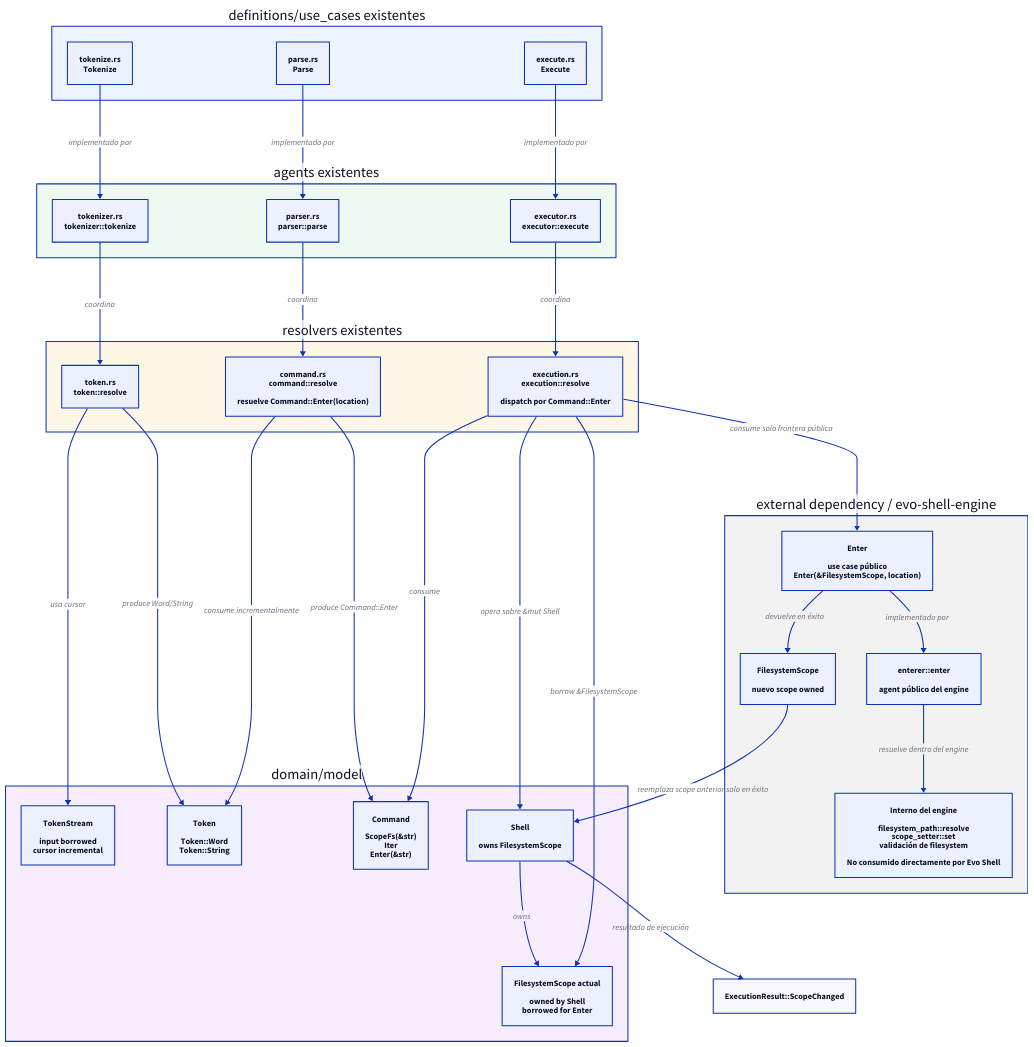
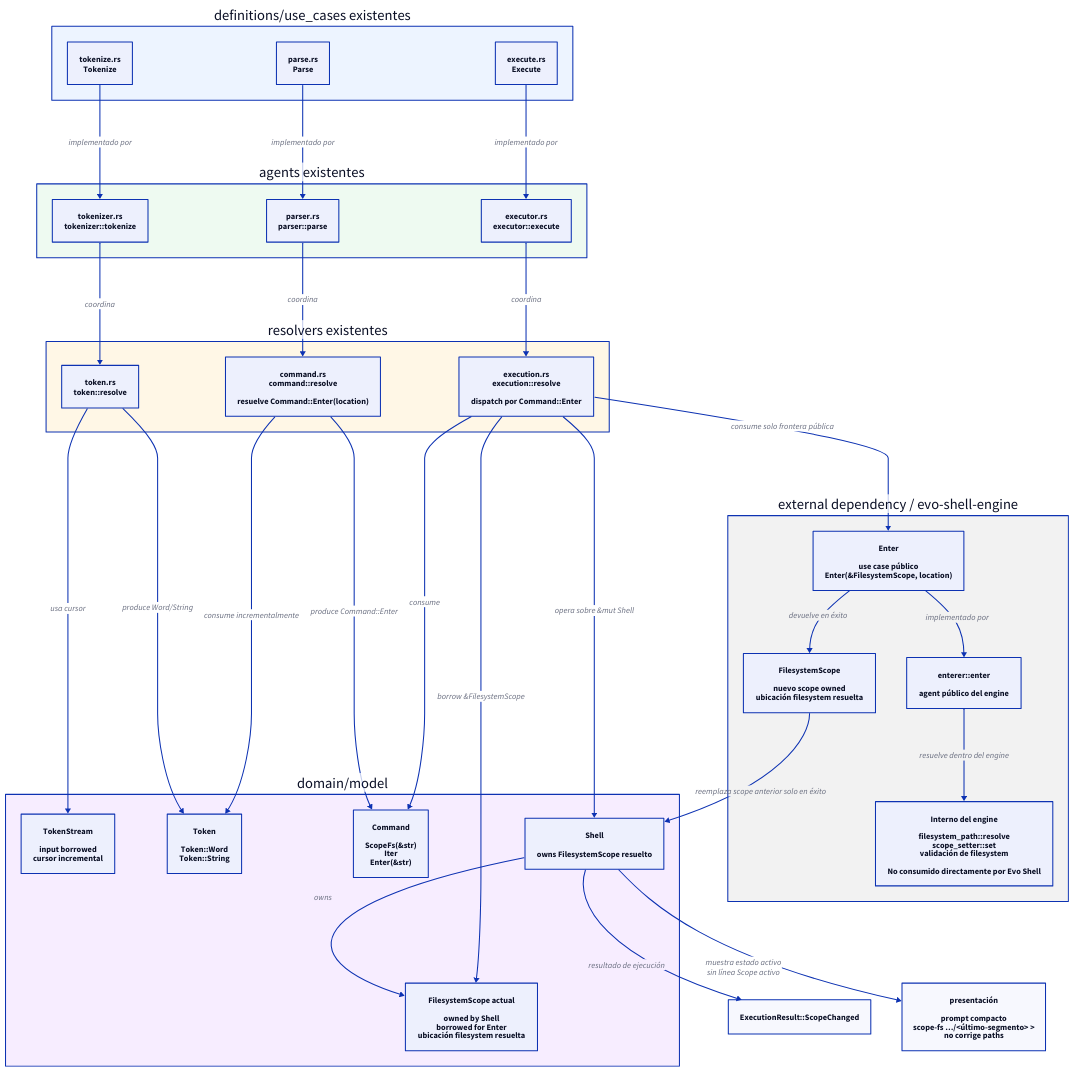
The diagram in evo-shell/technical_documentation/use_cases/UC-003-enter-active-scope-location/architecture.d2 (niqel/evolution), drawn with D2 before and after one commit. The commit also changed 16 other files, not shown here.

Commit message:
docs: define resolved filesystem scope and compact prompt

```diff
--- a/evo-shell/technical_documentation/use_cases/UC-003-enter-active-scope-location/architecture.d2
+++ b/evo-shell/technical_documentation/use_cases/UC-003-enter-active-scope-location/architecture.d2
@@ -1,120 +1,125 @@
 direction: down
 
 definitions: "definitions/use_cases existentes" {
   style.fill: "#edf4ff"
 
   tokenize: "tokenize.rs\nTokenize" {
     shape: rectangle
   }
 
   parse: "parse.rs\nParse" {
     shape: rectangle
   }
 
   execute: "execute.rs\nExecute" {
     shape: rectangle
   }
 }
 
 agents: "agents existentes" {
   style.fill: "#eefaf1"
 
   tokenizer: "tokenizer.rs\ntokenizer::tokenize" {
     shape: rectangle
   }
 
   parser: "parser.rs\nparser::parse" {
     shape: rectangle
   }
 
   executor: "executor.rs\nexecutor::execute" {
     shape: rectangle
   }
 }
 
 resolvers: "resolvers existentes" {
   style.fill: "#fff7e6"
 
   token: "token.rs\ntoken::resolve" {
     shape: rectangle
   }
 
   command: "command.rs\ncommand::resolve\n\nresuelve Command::Enter(location)" {
     shape: rectangle
   }
 
   execution: "execution.rs\nexecution::resolve\n\ndispatch por Command::Enter" {
     shape: rectangle
   }
 }
 
 domain: "domain/model" {
   style.fill: "#f7edff"
 
   token_stream: "TokenStream\n\ninput borrowed\ncursor incremental" {
     shape: rectangle
   }
 
   token_model: "Token\n\nToken::Word\nToken::String" {
     shape: rectangle
   }
 
   command_model: "Command\n\nScopeFs(&str)\nIter\nEnter(&str)" {
     shape: rectangle
   }
 
-  shell: "Shell\n\nowns FilesystemScope" {
+  shell: "Shell\n\nowns FilesystemScope resuelto" {
     shape: rectangle
   }
 
-  current_scope: "FilesystemScope actual\n\nowned by Shell\nborrowed for Enter" {
+  current_scope: "FilesystemScope actual\n\nowned by Shell\nborrowed for Enter\nubicación filesystem resuelta" {
     shape: rectangle
   }
 }
 
 external: "external dependency / evo-shell-engine" {
   style.fill: "#f2f2f2"
 
   enter_use_case: "Enter\n\nuse case público\nEnter(&FilesystemScope, location)" {
     shape: rectangle
   }
 
   enterer_agent: "enterer::enter\n\nagent público del engine" {
     shape: rectangle
   }
 
-  new_scope: "FilesystemScope\n\nnuevo scope owned" {
+  new_scope: "FilesystemScope\n\nnuevo scope owned\nubicación filesystem resuelta" {
     shape: rectangle
   }
 
   engine_internal: "Interno del engine\n\nfilesystem_path::resolve\nscope_setter::set\nvalidación de filesystem\n\nNo consumido directamente por Evo Shell" {
     shape: rectangle
   }
 }
 
 result: "ExecutionResult::ScopeChanged" {
+  shape: rectangle
+}
+
+presentation: "presentación\n\nprompt compacto\nscope-fs …/<último-segmento> >\nno corrige paths" {
   shape: rectangle
 }
 
 definitions.tokenize -> agents.tokenizer: "implementado por"
 agents.tokenizer -> resolvers.token: "coordina"
 resolvers.token -> domain.token_stream: "usa cursor"
 resolvers.token -> domain.token_model: "produce Word/String"
 
 definitions.parse -> agents.parser: "implementado por"
 agents.parser -> resolvers.command: "coordina"
 resolvers.command -> domain.token_model: "consume incrementalmente"
 resolvers.command -> domain.command_model: "produce Command::Enter"
 
 definitions.execute -> agents.executor: "implementado por"
 agents.executor -> resolvers.execution: "coordina"
 resolvers.execution -> domain.command_model: "consume"
 resolvers.execution -> domain.shell: "opera sobre &mut Shell"
 domain.shell -> domain.current_scope: "owns"
 resolvers.execution -> domain.current_scope: "borrow &FilesystemScope"
 resolvers.execution -> external.enter_use_case: "consume solo frontera pública"
 external.enter_use_case -> external.enterer_agent: "implementado por"
 external.enterer_agent -> external.engine_internal: "resuelve dentro del engine"
 external.enter_use_case -> external.new_scope: "devuelve en éxito"
 external.new_scope -> domain.shell: "reemplaza scope anterior solo en éxito"
 domain.shell -> result: "resultado de ejecución"
+domain.shell -> presentation: "muestra estado activo\nsin línea Scope activo"
```
